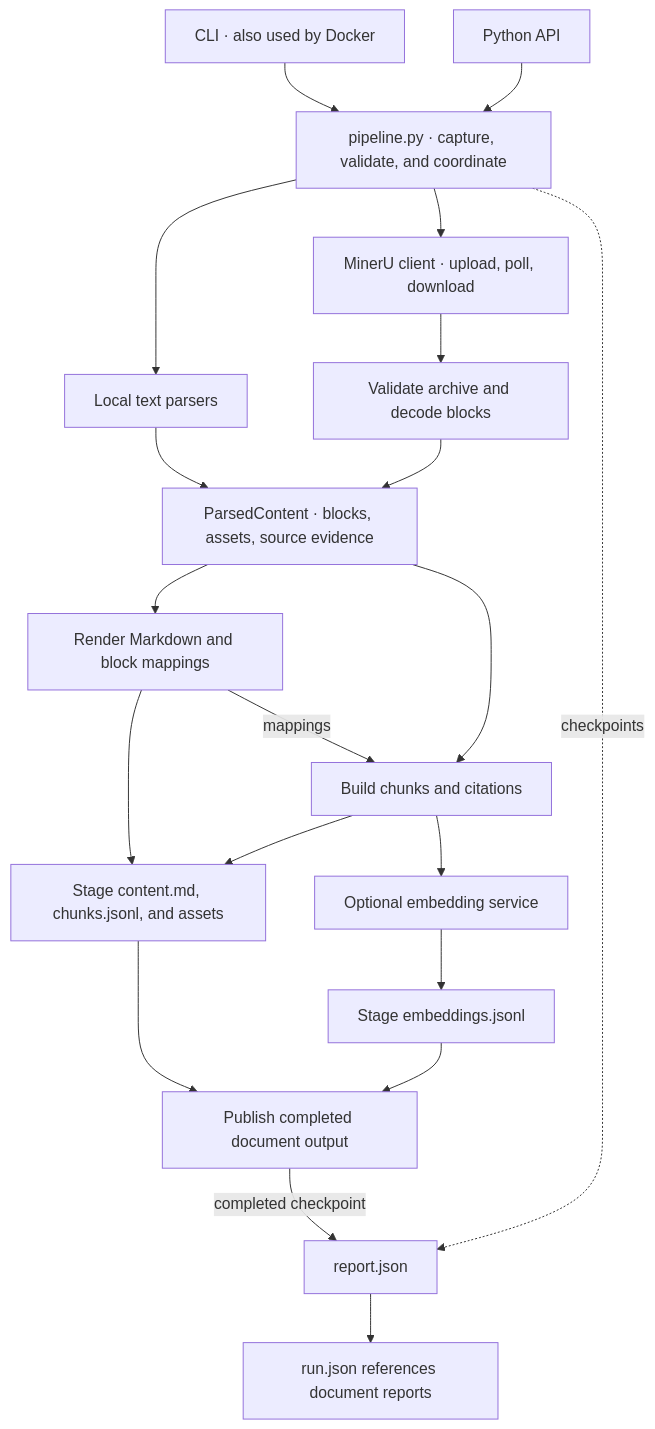
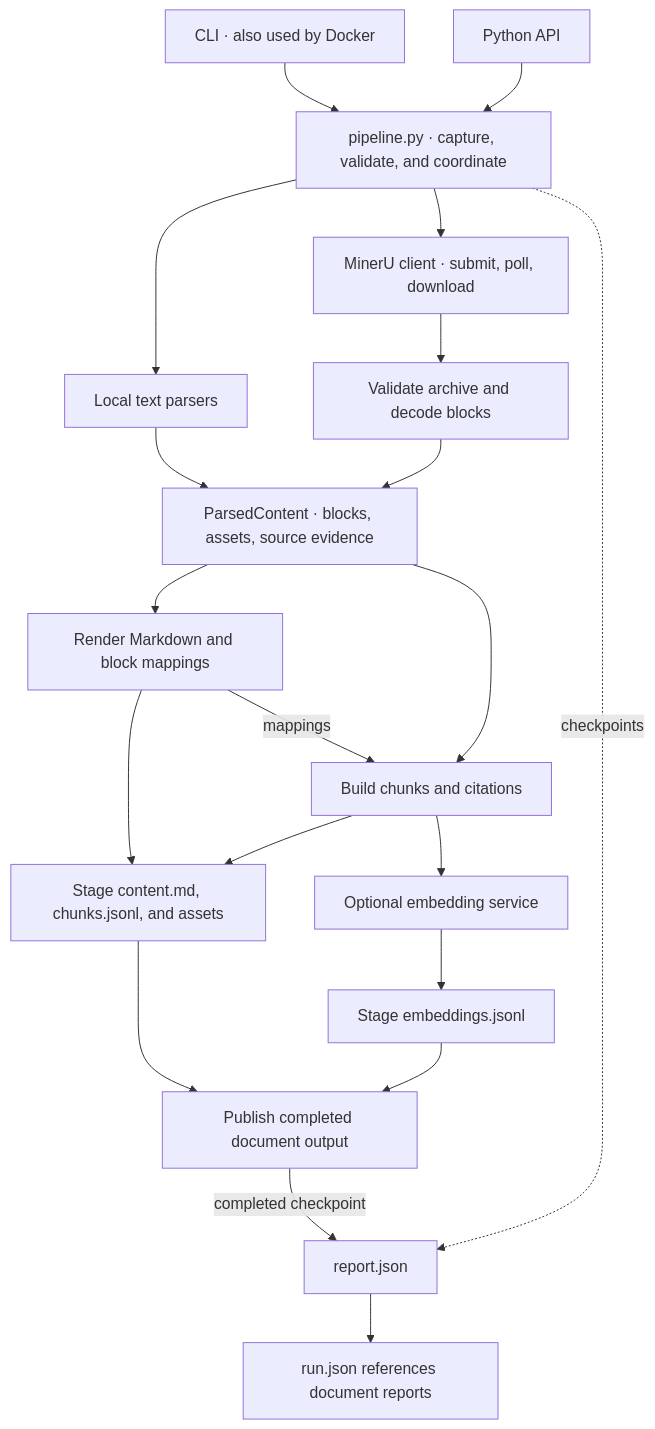
The diagram in docs/architecture.md (ShaoxinLi/Multimodal-Doc-Pipeline), drawn with Mermaid before and after one commit. The commit also changed other lines of this file and 20 other files, not shown here.

````diff
--- a/docs/architecture.md
+++ b/docs/architecture.md
@@ -11,22 +11,22 @@
 ```mermaid
 flowchart TD
 	CLI["CLI · also used by Docker"] --> PIPE["pipeline.py · capture, validate, and coordinate"]
 	API["Python API"] --> PIPE
 	PIPE --> LOCAL["Local text parsers"]
-	PIPE --> REMOTE["MinerU client · upload, poll, download"]
+	PIPE --> REMOTE["MinerU client · submit, poll, download"]
 	REMOTE --> DECODE["Validate archive and decode blocks"]
 	LOCAL --> CONTENT["ParsedContent · blocks, assets, source evidence"]
 	DECODE --> CONTENT
 	CONTENT --> RENDER["Render Markdown and block mappings"]
 	RENDER --> FILES["Stage content.md, chunks.jsonl, and assets"]
 	CONTENT --> CHUNK["Build chunks and citations"]
 	RENDER -->|mappings| CHUNK
 	CHUNK --> FILES
 	CHUNK --> EMBED["Optional embedding service"]
 	EMBED --> VECTORS["Stage embeddings.jsonl"]
 	FILES --> PUBLISH["Publish completed document output"]
 	VECTORS --> PUBLISH
 	PIPE -. checkpoints .-> REPORT["report.json"]
 	PUBLISH -->|completed checkpoint| REPORT
 	REPORT --> BATCH["run.json references document reports"]
 ```
````
